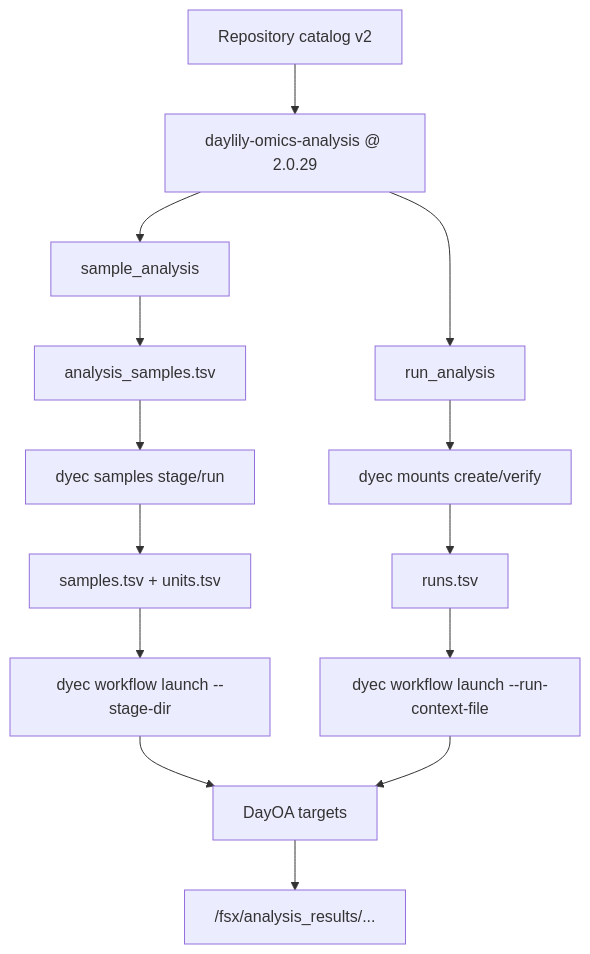
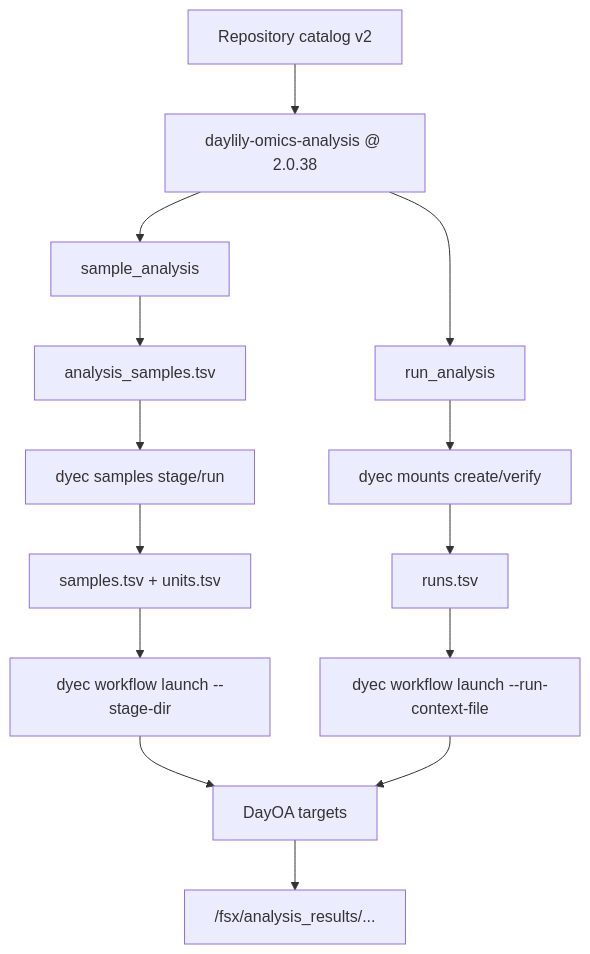
One commit to Daylily-Informatics/daylily-ephemeral-cluster changed the third of 3 diagrams in docs/dra_fsx_strategy.md. Above: the diagram before and after it, drawn with Mermaid. The commit also changed other lines of this file and 88 other files, not shown here.

````diff
--- a/docs/dra_fsx_strategy.md
+++ b/docs/dra_fsx_strategy.md
@@ -102,19 +102,19 @@
 ```mermaid
 flowchart TB
-  Catalog["Repository catalog v2"] --> Repo["daylily-omics-analysis @ 2.0.29"]
+  Catalog["Repository catalog v2"] --> Repo["daylily-omics-analysis @ 2.0.38"]
   Repo --> Sample["sample_analysis"]
   Repo --> Run["run_analysis"]
 
   Sample --> Manifest["analysis_samples.tsv"]
   Manifest --> Stage["dyec samples stage/run"]
   Stage --> TSV["samples.tsv + units.tsv"]
   TSV --> LaunchA["dyec workflow launch --stage-dir"]
 
   Run --> Mount["dyec mounts create/verify"]
   Mount --> Runs["runs.tsv"]
   Runs --> LaunchB["dyec workflow launch --run-context-file"]
 
   LaunchA --> DayOA["DayOA targets"]
   LaunchB --> DayOA
   DayOA --> Results["/fsx/analysis_results/..."]
 ```
````
